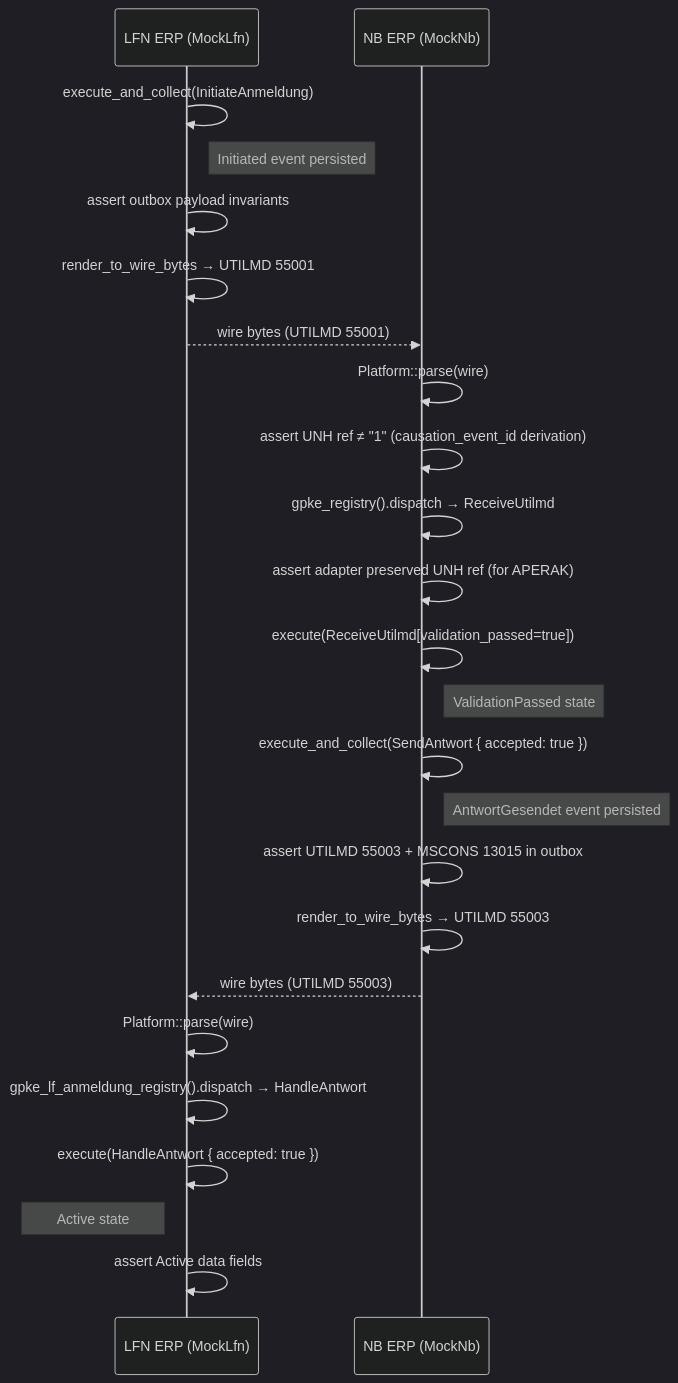
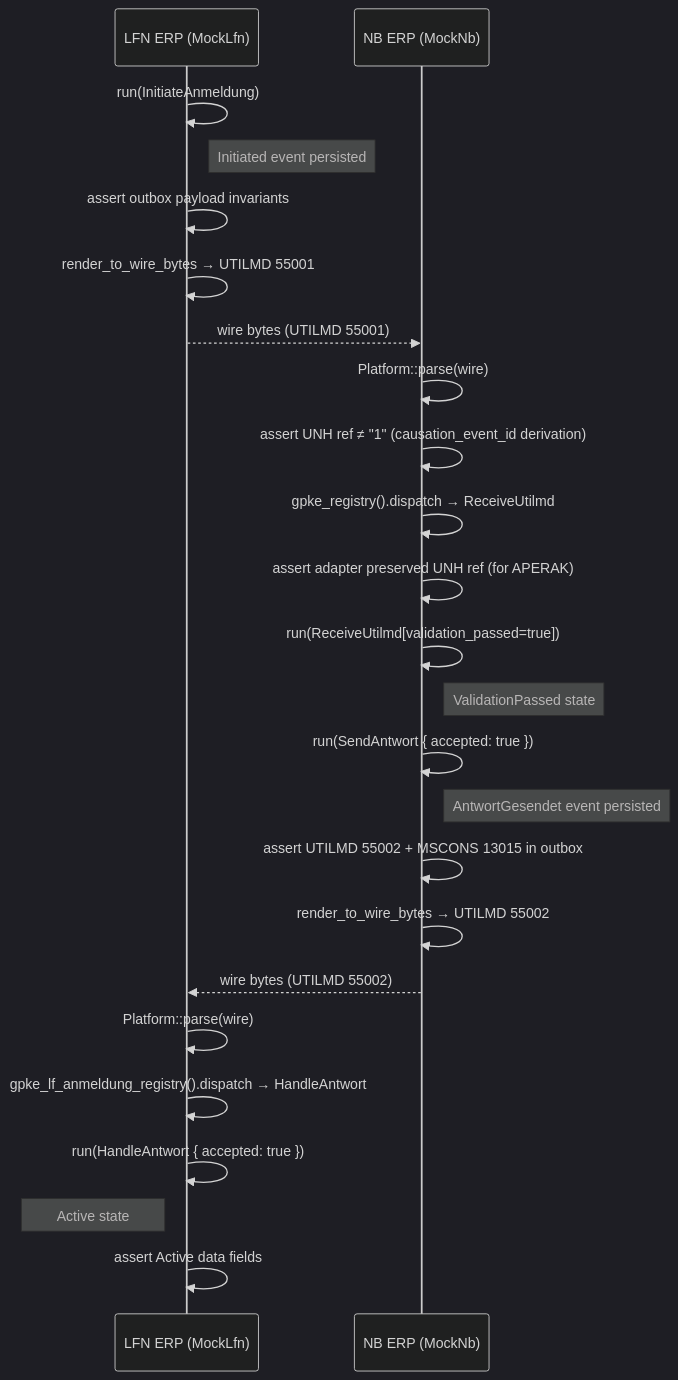
One commit to hupe1980/mako changed the fourth of 4 diagrams in site/content/docs/architecture/engine.md. Above: the diagram before and after it, drawn with Mermaid (dark theme). The commit also changed other lines of this file and 1091 other files, not shown here.

````diff
--- a/site/content/docs/architecture/engine.md
+++ b/site/content/docs/architecture/engine.md
@@ -694,30 +618,30 @@
 ```mermaid
 sequenceDiagram
     participant LFN as LFN ERP (MockLfn)
     participant NB  as NB ERP (MockNb)
 
-    LFN->>LFN: execute_and_collect(InitiateAnmeldung)
+    LFN->>LFN: run(InitiateAnmeldung)
     Note right of LFN: Initiated event persisted
     LFN->>LFN: assert outbox payload invariants
     LFN->>LFN: render_to_wire_bytes → UTILMD 55001
     LFN-->>NB: wire bytes (UTILMD 55001)
 
     NB->>NB: Platform::parse(wire)
     NB->>NB: assert UNH ref ≠ "1" (causation_event_id derivation)
     NB->>NB: gpke_registry().dispatch → ReceiveUtilmd
     NB->>NB: assert adapter preserved UNH ref (for APERAK)
-    NB->>NB: execute(ReceiveUtilmd[validation_passed=true])
+    NB->>NB: run(ReceiveUtilmd[validation_passed=true])
     Note right of NB: ValidationPassed state
 
-    NB->>NB: execute_and_collect(SendAntwort { accepted: true })
+    NB->>NB: run(SendAntwort { accepted: true })
     Note right of NB: AntwortGesendet event persisted
-    NB->>NB: assert UTILMD 55003 + MSCONS 13015 in outbox
-    NB->>NB: render_to_wire_bytes → UTILMD 55003
-    NB-->>LFN: wire bytes (UTILMD 55003)
+    NB->>NB: assert UTILMD 55002 + MSCONS 13015 in outbox
+    NB->>NB: render_to_wire_bytes → UTILMD 55002
+    NB-->>LFN: wire bytes (UTILMD 55002)
 
     LFN->>LFN: Platform::parse(wire)
     LFN->>LFN: gpke_lf_anmeldung_registry().dispatch → HandleAntwort
-    LFN->>LFN: execute(HandleAntwort { accepted: true })
+    LFN->>LFN: run(HandleAntwort { accepted: true })
     Note left of LFN: Active state
     LFN->>LFN: assert Active data fields
 ```
````
